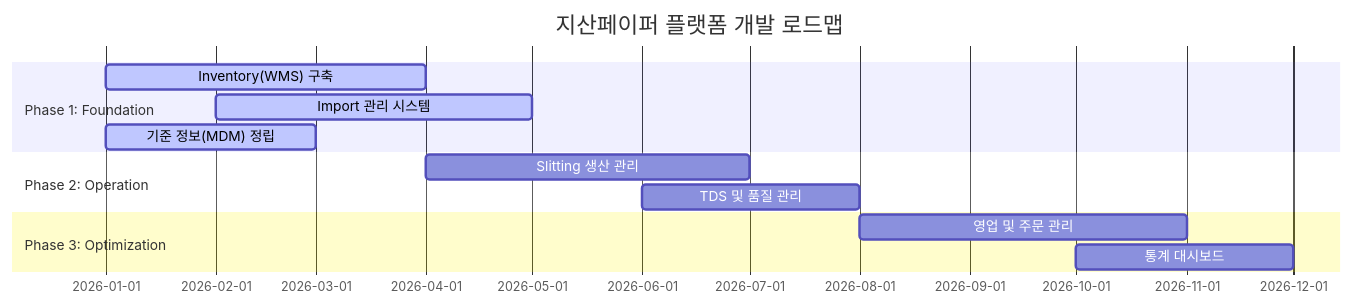
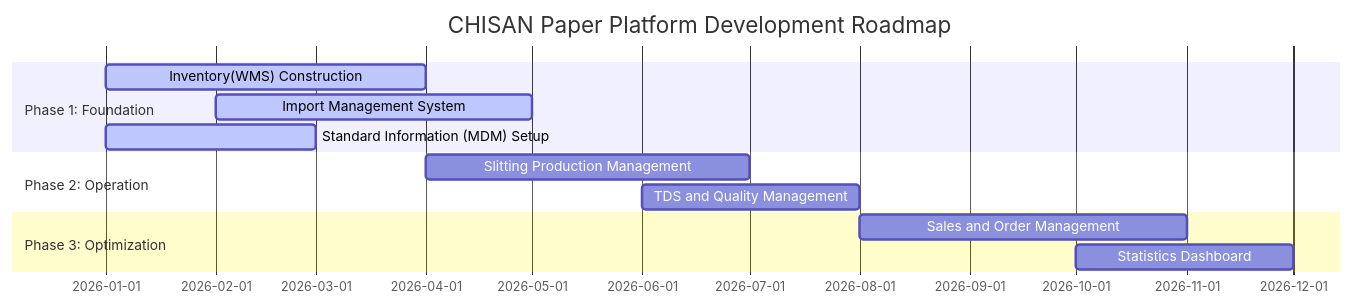
One commit to ftrskuk/chisan-platform changed the diagram in docs/01-overview/vision-and-scope.md. Above: the diagram before and after it, drawn with Mermaid. The commit also changed other lines of this file and 36 other files, not shown here.

````diff
--- a/docs/01-overview/vision-and-scope.md
+++ b/docs/01-overview/vision-and-scope.md
@@ -74,15 +79,15 @@
 ```mermaid
 gantt
-    title 지산페이퍼 플랫폼 개발 로드맵
+    title CHISAN Paper Platform Development Roadmap
     dateFormat  YYYY-MM
     section Phase 1: Foundation
-    Inventory(WMS) 구축       :active, p1, 2026-01, 3M
-    Import 관리 시스템         :active, p2, 2026-02, 3M
-    기준 정보(MDM) 정립         :active, p3, 2026-01, 2M
+    Inventory(WMS) Construction       :active, p1, 2026-01, 3M
+    Import Management System          :active, p2, 2026-02, 3M
+    Standard Information (MDM) Setup  :active, p3, 2026-01, 2M
     section Phase 2: Operation
-    Slitting 생산 관리         :p4, 2026-04, 3M
-    TDS 및 품질 관리           :p5, 2026-06, 2M
+    Slitting Production Management    :p4, 2026-04, 3M
+    TDS and Quality Management        :p5, 2026-06, 2M
     section Phase 3: Optimization
-    영업 및 주문 관리          :p6, 2026-08, 3M
-    통계 대시보드              :p7, 2026-10, 2M
+    Sales and Order Management        :p6, 2026-08, 3M
+    Statistics Dashboard              :p7, 2026-10, 2M
 ```
````
